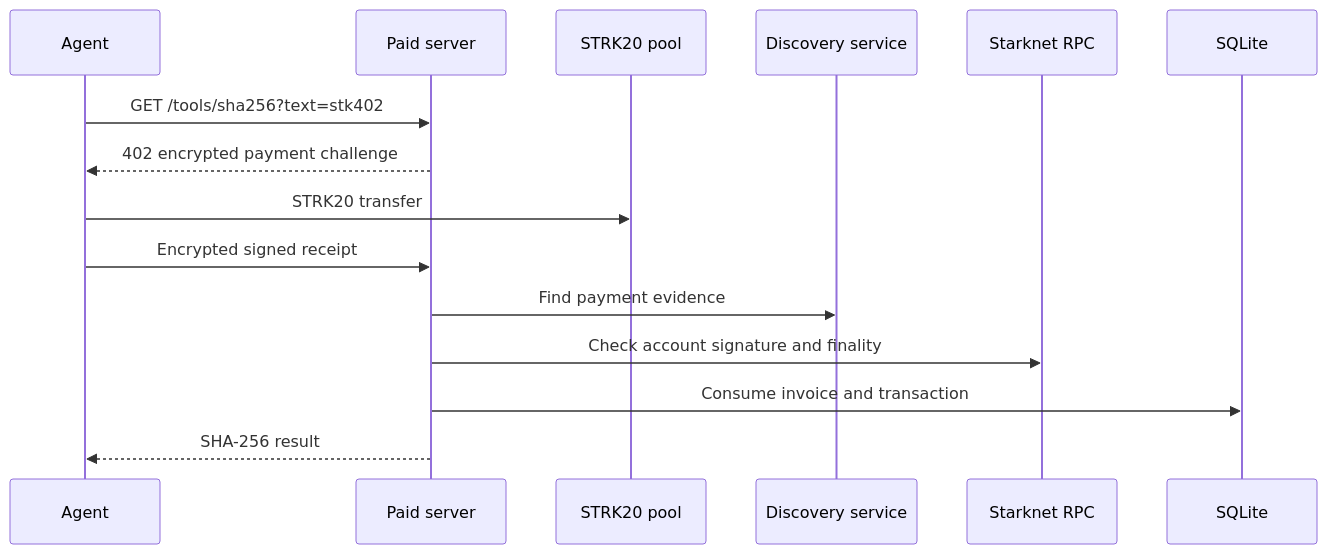
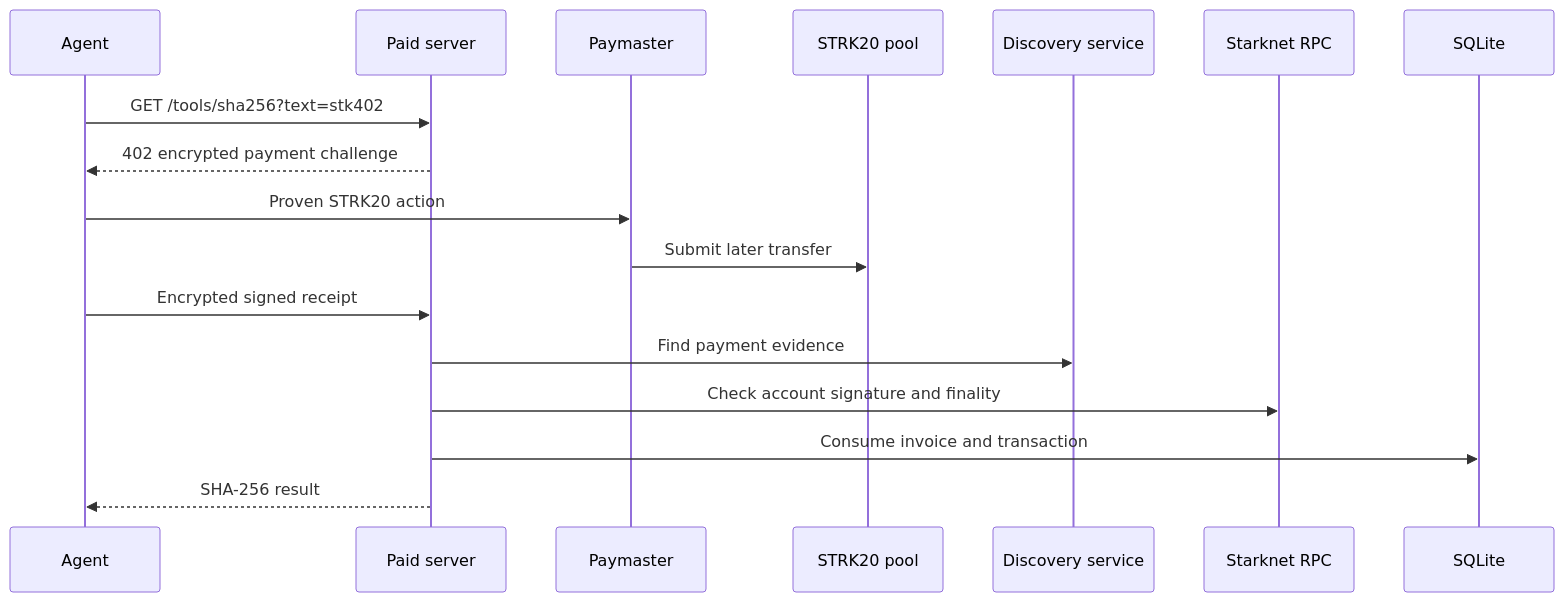
Before and after one commit to Sarthib7/stk402: the diagram in README.md, drawn with Mermaid. The commit also changed other lines of this file and 10 other files, not shown here.

````diff
--- a/README.md
+++ b/README.md
@@ -34,18 +37,20 @@
 ```mermaid
 sequenceDiagram
     participant A as Agent
     participant S as Paid server
+    participant M as Paymaster
     participant P as STRK20 pool
     participant D as Discovery service
     participant R as Starknet RPC
     participant L as SQLite
 
     A->>S: GET /tools/sha256?text=stk402
     S-->>A: 402 encrypted payment challenge
-    A->>P: STRK20 transfer
+    A->>M: Proven STRK20 action
+    M->>P: Submit later transfer
     A->>S: Encrypted signed receipt
     S->>D: Find payment evidence
     S->>R: Check account signature and finality
     S->>L: Consume invoice and transaction
     S-->>A: SHA-256 result
 ```
````
